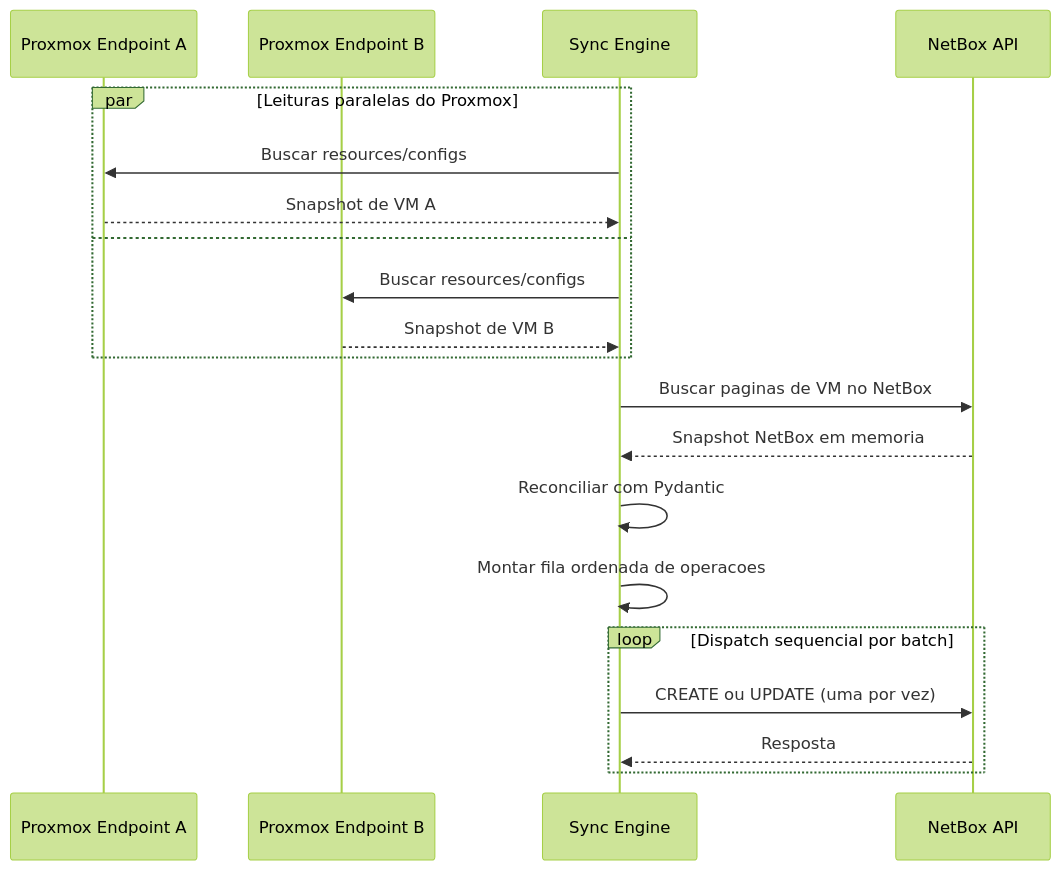
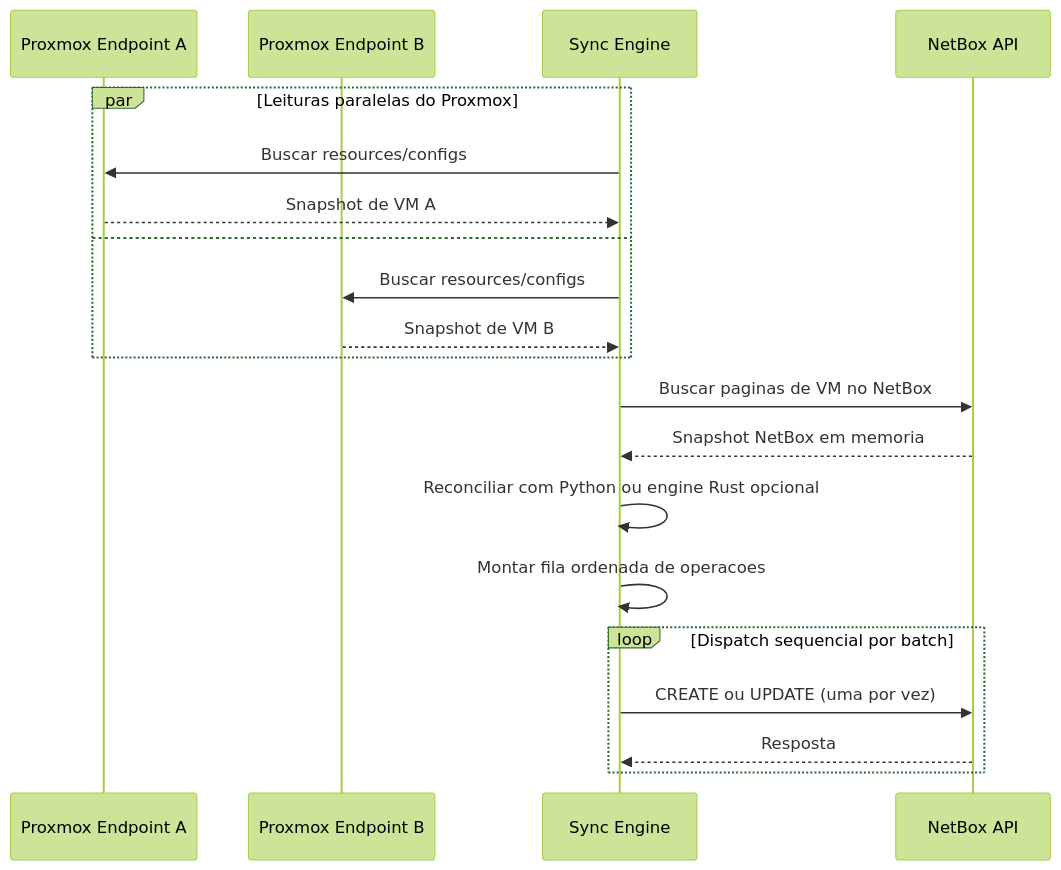
Before and after one commit to emersonfelipesp/proxbox-api: the second of 2 diagrams in docs/pt-BR/sync/reconciliation-architecture.md, drawn with Mermaid (forest theme). The commit also changed other lines of this file and 7 other files, not shown here.

````diff
--- a/docs/pt-BR/sync/reconciliation-architecture.md
+++ b/docs/pt-BR/sync/reconciliation-architecture.md
@@ -95,26 +129,26 @@
 ```mermaid
 sequenceDiagram
     participant P1 as Proxmox Endpoint A
     participant P2 as Proxmox Endpoint B
     participant S as Sync Engine
     participant N as NetBox API
 
     par Leituras paralelas do Proxmox
         S->>P1: Buscar resources/configs
         P1-->>S: Snapshot de VM A
     and
         S->>P2: Buscar resources/configs
         P2-->>S: Snapshot de VM B
     end
 
     S->>N: Buscar paginas de VM no NetBox
     N-->>S: Snapshot NetBox em memoria
 
-    S->>S: Reconciliar com Pydantic
+    S->>S: Reconciliar com Python ou engine Rust opcional
     S->>S: Montar fila ordenada de operacoes
 
     loop Dispatch sequencial por batch
         S->>N: CREATE ou UPDATE (uma por vez)
         N-->>S: Resposta
     end
 ```
````
